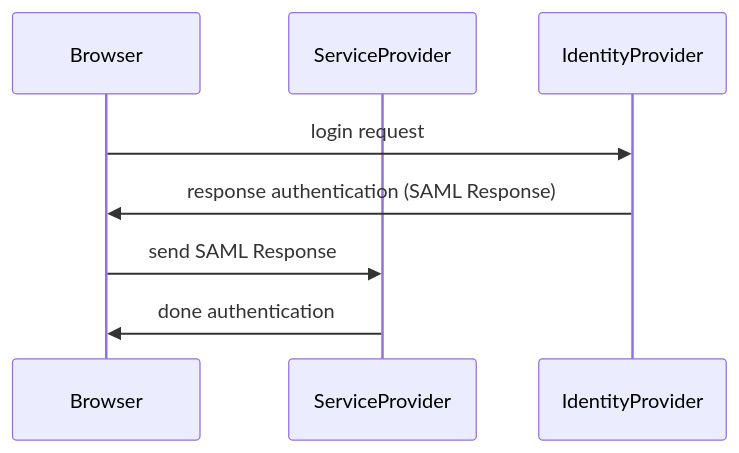
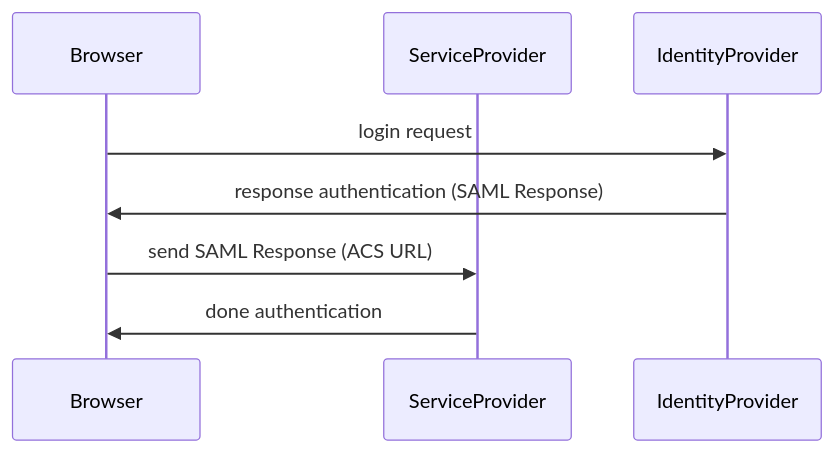
One commit to smith-30/gatsby-blog changed the second of 2 diagrams in content/posts/2022_05_05.md. Above: the diagram before and after it, drawn with Mermaid. The commit also changed other lines of this file, not shown here.

````diff
--- a/content/posts/2022_05_05.md
+++ b/content/posts/2022_05_05.md
@@ -68,11 +68,11 @@
 ```mermaid
 sequenceDiagram
     participant Browser
     participant ServiceProvider
     participant IdentityProvider
 
     Browser->>IdentityProvider: login request
     IdentityProvider->>Browser: response authentication (SAML Response)
-    Browser ->> ServiceProvider: send SAML Response
+    Browser ->> ServiceProvider: send SAML Response (ACS URL)
     ServiceProvider ->> Browser: done authentication
 ```
````
